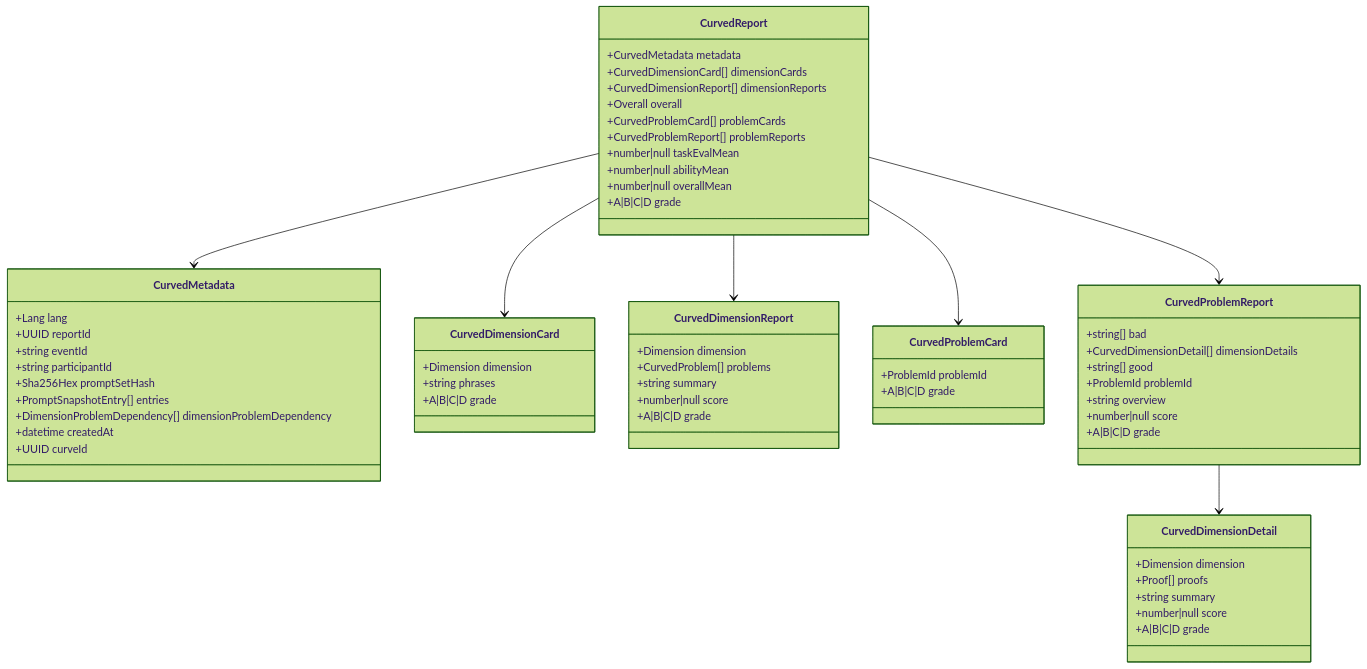
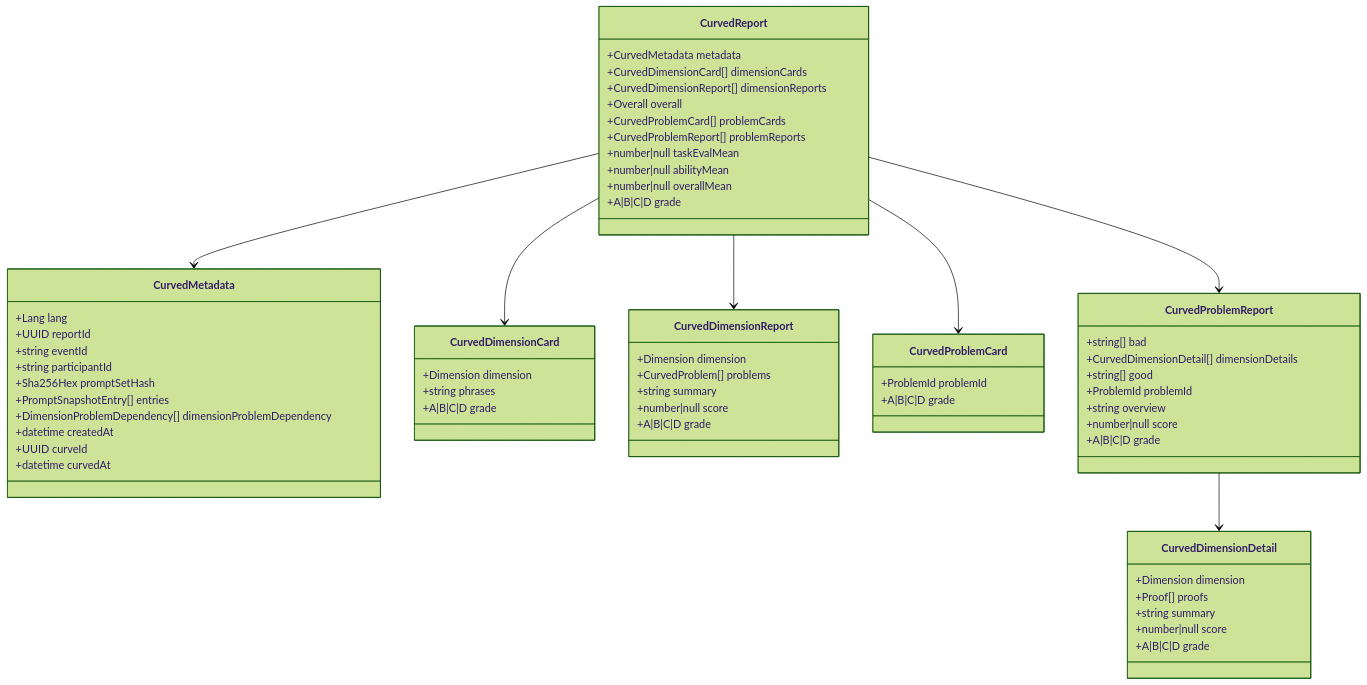
Before and after one commit to paideia-ai/tech-doc-axiia: diagram 12 of 15 in score-post-llm-pipeline/schema-v1/pipeline-flow.md, drawn with Mermaid (forest theme). The commit also changed other lines of this file and 3 other files, not shown here.

Commit message:
schema-v1: align JSONScores and grade provenance

````diff
--- a/score-post-llm-pipeline/schema-v1/pipeline-flow.md
+++ b/score-post-llm-pipeline/schema-v1/pipeline-flow.md
@@ -698,71 +733,72 @@
 ```mermaid
 classDiagram
     class CurvedReport {
         +CurvedMetadata metadata
         +CurvedDimensionCard[] dimensionCards
         +CurvedDimensionReport[] dimensionReports
         +Overall overall
         +CurvedProblemCard[] problemCards
         +CurvedProblemReport[] problemReports
         +number|null taskEvalMean
         +number|null abilityMean
         +number|null overallMean
         +A|B|C|D grade
     }
 
     class CurvedMetadata {
         +Lang lang
         +UUID reportId
         +string eventId
         +string participantId
         +Sha256Hex promptSetHash
         +PromptSnapshotEntry[] entries
         +DimensionProblemDependency[] dimensionProblemDependency
         +datetime createdAt
         +UUID curveId
+        +datetime curvedAt
     }
 
     class CurvedDimensionCard {
         +Dimension dimension
         +string phrases
         +A|B|C|D grade
     }
 
     class CurvedDimensionReport {
         +Dimension dimension
         +CurvedProblem[] problems
         +string summary
         +number|null score
         +A|B|C|D grade
     }
 
     class CurvedProblemCard {
         +ProblemId problemId
         +A|B|C|D grade
     }
 
     class CurvedProblemReport {
         +string[] bad
         +CurvedDimensionDetail[] dimensionDetails
         +string[] good
         +ProblemId problemId
         +string overview
         +number|null score
         +A|B|C|D grade
     }
 
     class CurvedDimensionDetail {
         +Dimension dimension
         +Proof[] proofs
         +string summary
         +number|null score
         +A|B|C|D grade
     }
 
     CurvedReport --> CurvedMetadata
     CurvedReport --> CurvedDimensionCard
     CurvedReport --> CurvedDimensionReport
     CurvedReport --> CurvedProblemCard
     CurvedReport --> CurvedProblemReport
     CurvedProblemReport --> CurvedDimensionDetail
 ```
````
